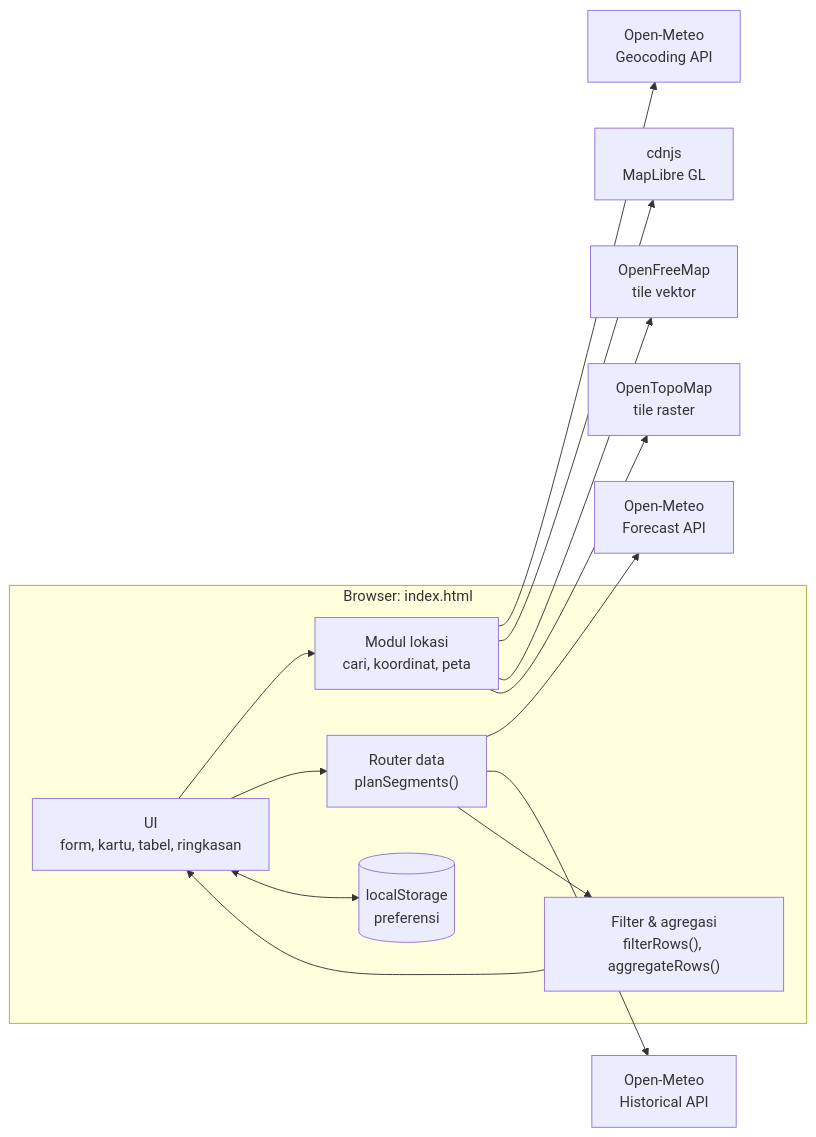
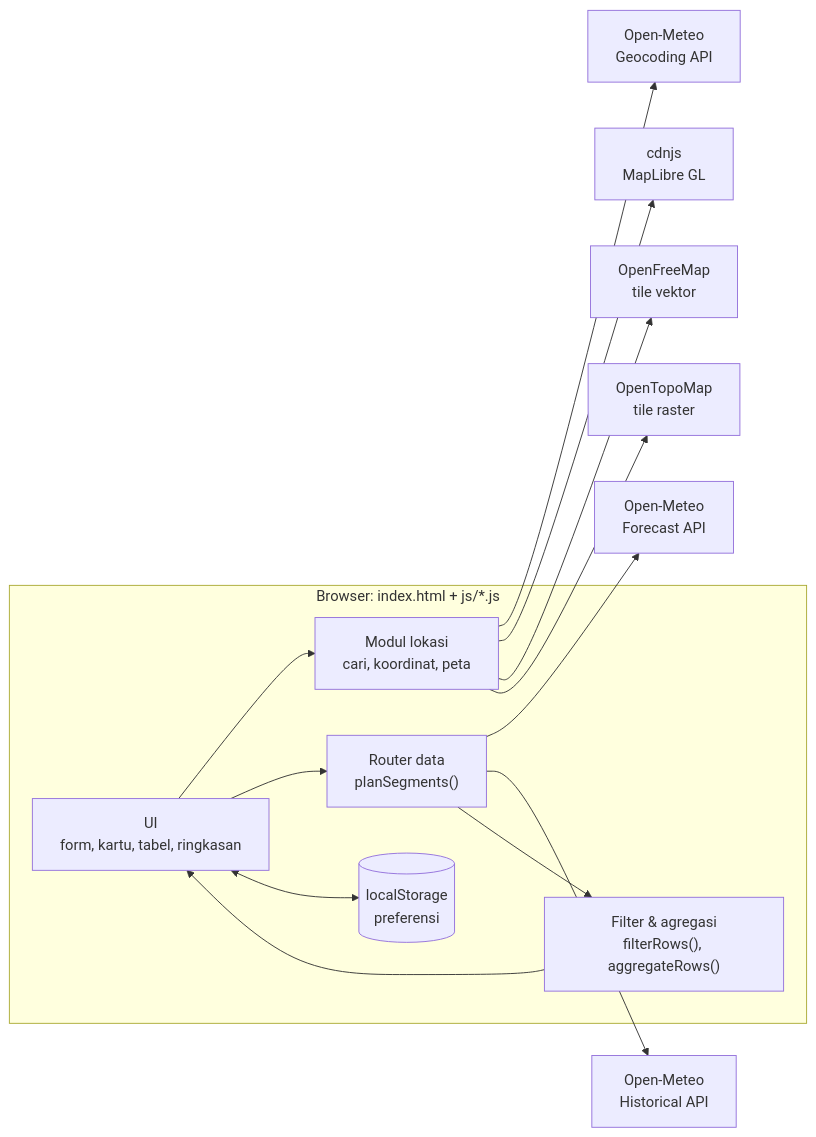
The first of 3 diagrams in docs/SYSTEM_DESIGN.md (TeslaboyS39/w-checker), drawn with Mermaid before and after one commit. The commit also changed other lines of this file and 12 other files, not shown here.

````diff
--- a/docs/SYSTEM_DESIGN.md
+++ b/docs/SYSTEM_DESIGN.md
@@ -49,29 +49,29 @@
 ```mermaid
 flowchart LR
-    subgraph Browser["Browser: index.html"]
+    subgraph Browser["Browser: index.html + js/*.js"]
         UI["UI<br/>form, kartu, tabel, ringkasan"]
         LOC["Modul lokasi<br/>cari, koordinat, peta"]
         ROUTE["Router data<br/>planSegments()"]
         AGG["Filter & agregasi<br/>filterRows(), aggregateRows()"]
         PREF[("localStorage<br/>preferensi")]
     end
 
     GEO["Open-Meteo<br/>Geocoding API"]
     FC["Open-Meteo<br/>Forecast API"]
     AR["Open-Meteo<br/>Historical API"]
     CDN["cdnjs<br/>MapLibre GL"]
     OFM["OpenFreeMap<br/>tile vektor"]
     OTM["OpenTopoMap<br/>tile raster"]
 
     UI --> LOC
     LOC --> GEO
     LOC --> CDN
     LOC --> OFM
     LOC --> OTM
     UI --> ROUTE
     ROUTE --> FC
     ROUTE --> AR
     ROUTE --> AGG
     AGG --> UI
     UI <--> PREF
 ```
````
